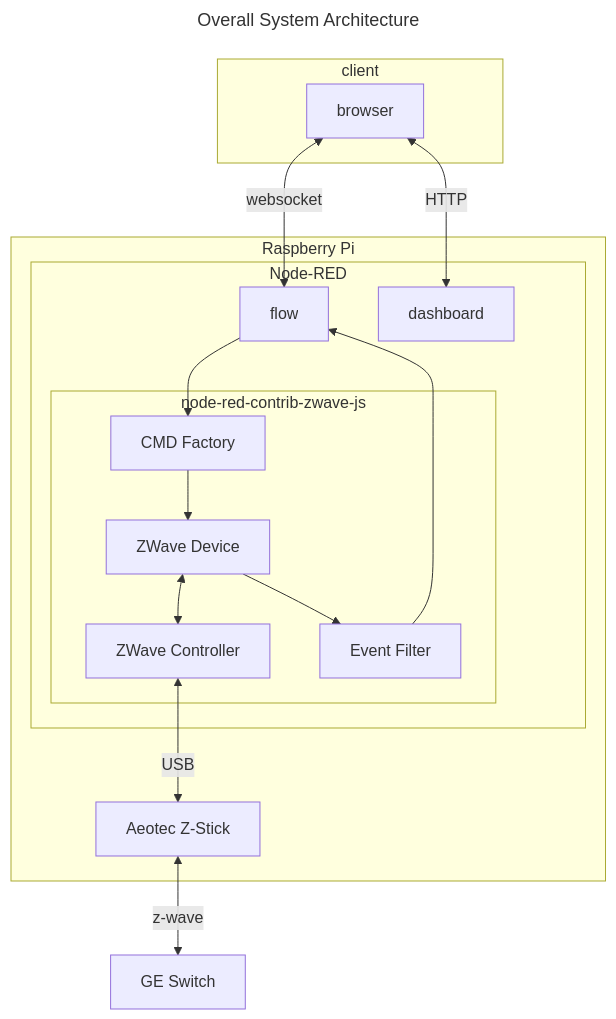
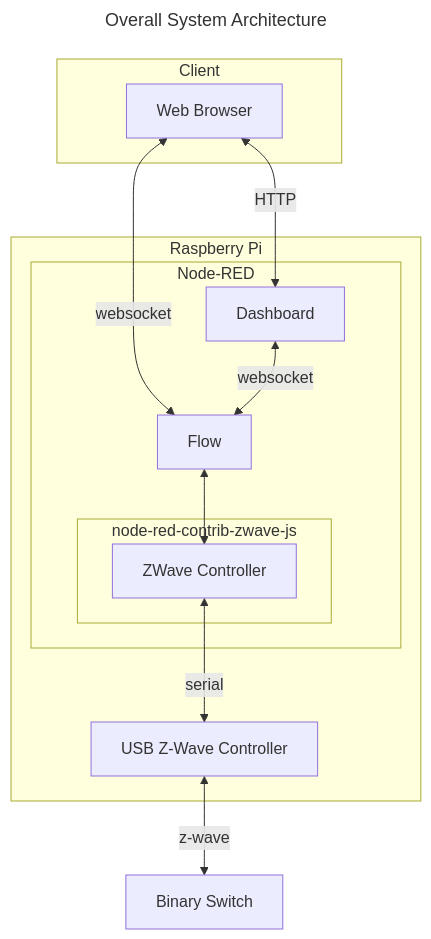
The first of 3 diagrams in README.md (parasaurolophus/node-red-zwave-js-example), drawn with Mermaid before and after one commit. The commit also changed other lines of this file and 6 other files, not shown here.

````diff
--- a/README.md
+++ b/README.md
@@ -160,44 +207,38 @@
 ```mermaid
 ---
 title: Overall System Architecture
 ---
 graph TB
 
-  switch[GE Switch]
+  switch[Binary Switch]
 
-  subgraph client
+  subgraph Client
 
-      browser
+      browser[Web Browser]
 
   end
 
   subgraph Raspberry Pi
 
-      dongle[Aeotec Z-Stick]
+      dongle[USB Z-Wave Controller]
 
       subgraph Node-RED
 
-          flows[flow]
+          flow[Flow]
 
           subgraph node-red-contrib-zwave-js
               controller[ZWave Controller]
-              device[ZWave Device]
-              events[Event Filter]
-              commands[CMD Factory]
           end
 
-          dashboard
+          dashboard[Dashboard]
 
       end
   end
 
-  device <--> controller
-  flows --> commands
-  commands --> device
-  events --> flows
-  device --> events
-  controller <-- USB --> dongle
-  dongle <-- z-wave --> switch
-  browser <-- websocket --> flows
-  browser <-- HTTP --> dashboard
+browser <-- websocket --> flow
+flow <--> controller
+controller <-- serial --> dongle
+dongle <-- z-wave --> switch
+browser <-- HTTP --> dashboard
+dashboard <-- websocket --> flow
 ```
````
